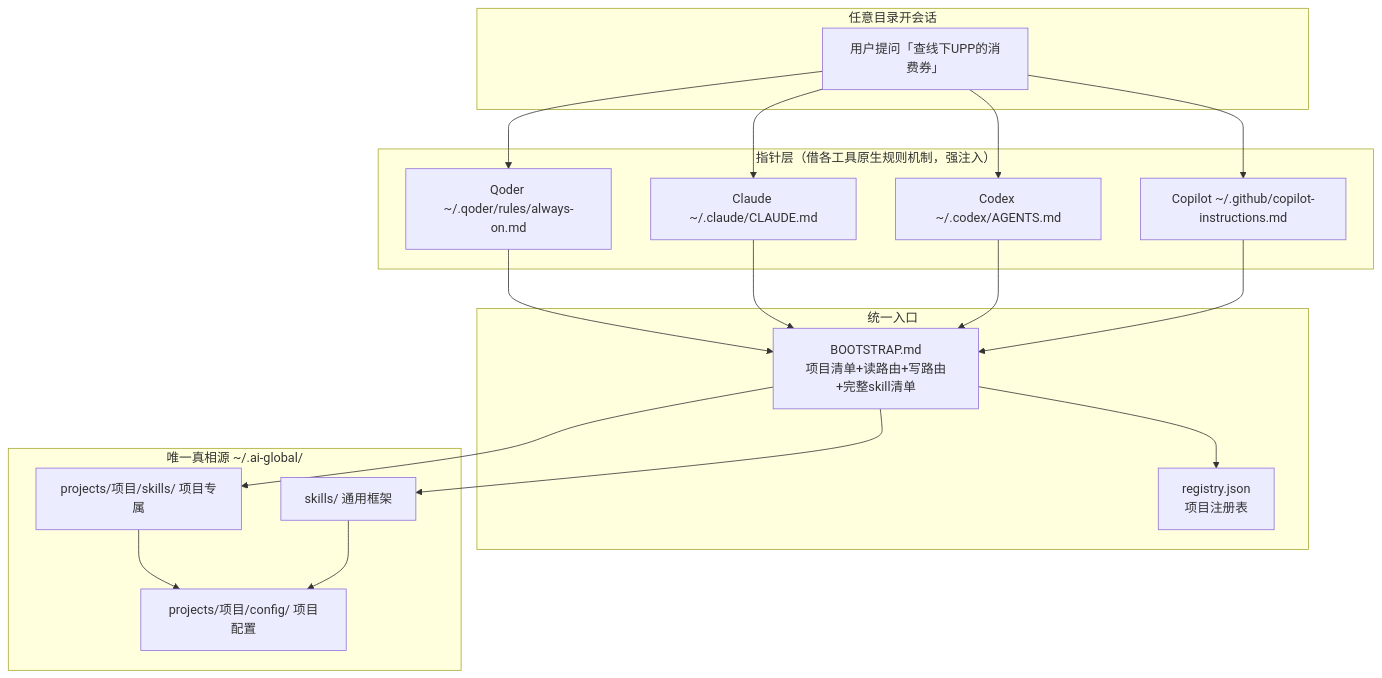
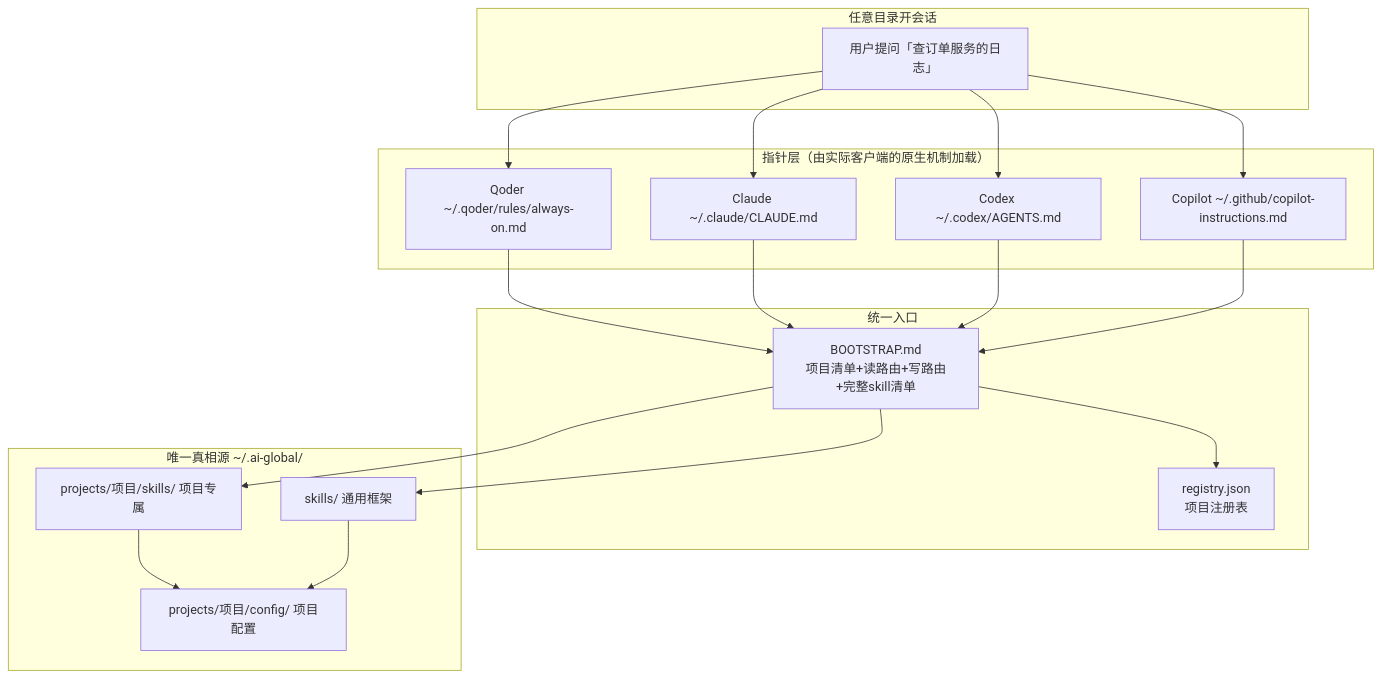
Before and after one commit to lxch183/cross-tool-ai-setup-blueprint: the diagram in ARCHITECTURE.md, drawn with Mermaid. The commit also changed other lines of this file and 5 other files, not shown here.

````diff
--- a/ARCHITECTURE.md
+++ b/ARCHITECTURE.md
@@ -9,31 +9,31 @@
 ```mermaid
 graph TB
     subgraph 会话层["任意目录开会话"]
-        U[用户提问「查线下UPP的消费券」]
+        U[用户提问「查订单服务的日志」]
     end
 
-    subgraph 指针层["指针层（借各工具原生规则机制，强注入）"]
+    subgraph 指针层["指针层（由实际客户端的原生机制加载）"]
         G1[Qoder ~/.qoder/rules/always-on.md]
         G2[Claude ~/.claude/CLAUDE.md]
         G3[Codex ~/.codex/AGENTS.md]
         G4[Copilot ~/.github/copilot-instructions.md]
     end
 
     subgraph 入口["统一入口"]
         B[BOOTSTRAP.md<br/>项目清单+读路由+写路由+完整skill清单]
         R[registry.json<br/>项目注册表]
     end
 
     subgraph 真相源["唯一真相源 ~/.ai-global/"]
         S[skills/ 通用框架]
         PS[projects/项目/skills/ 项目专属]
         PC[projects/项目/config/ 项目配置]
     end
 
     U --> G1 & G2 & G3 & G4
     G1 & G2 & G3 & G4 --> B
     B --> R
     B --> S & PS
     PS --> PC
     S --> PC
 ```
````
